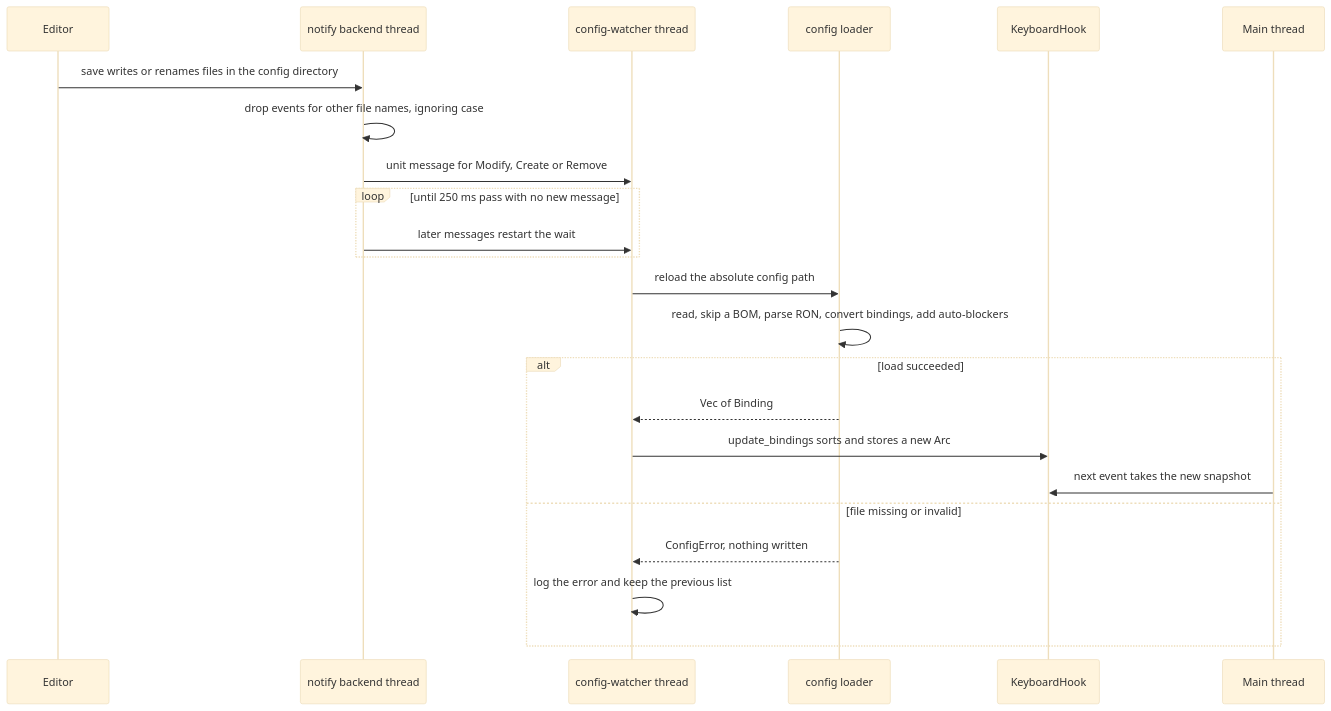
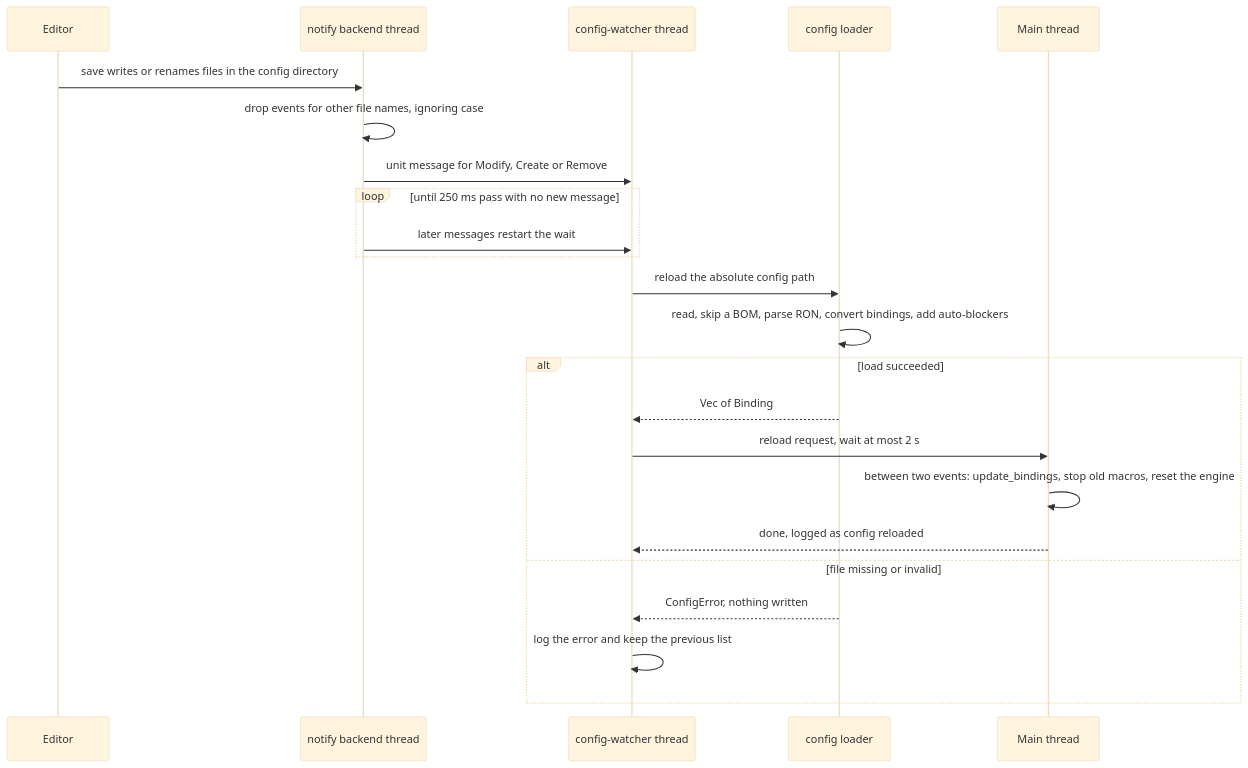
One commit to bluesteelll/key-switch-rs changed the sixth of 7 diagrams in book/src/architecture.md. Above: the diagram before and after it, drawn with Mermaid (base theme). The commit also changed other lines of this file and 20 other files, not shown here.

````diff
--- a/book/src/architecture.md
+++ b/book/src/architecture.md
@@ -464,25 +484,25 @@
 ```mermaid
 sequenceDiagram
     participant ED as Editor
     participant NB as notify backend thread
     participant CW as config-watcher thread
     participant LD as config loader
-    participant KH as KeyboardHook
     participant MT as Main thread
     ED->>NB: save writes or renames files in the config directory
     NB->>NB: drop events for other file names, ignoring case
     NB->>CW: unit message for Modify, Create or Remove
     loop until 250 ms pass with no new message
         NB->>CW: later messages restart the wait
     end
     CW->>LD: reload the absolute config path
     LD->>LD: read, skip a BOM, parse RON, convert bindings, add auto-blockers
     alt load succeeded
         LD-->>CW: Vec of Binding
-        CW->>KH: update_bindings sorts and stores a new Arc
-        MT->>KH: next event takes the new snapshot
+        CW->>MT: reload request, wait at most 2 s
+        MT->>MT: between two events: update_bindings, stop old macros, reset the engine
+        MT-->>CW: done, logged as config reloaded
     else file missing or invalid
         LD-->>CW: ConfigError, nothing written
         CW->>CW: log the error and keep the previous list
     end
 ```
````
